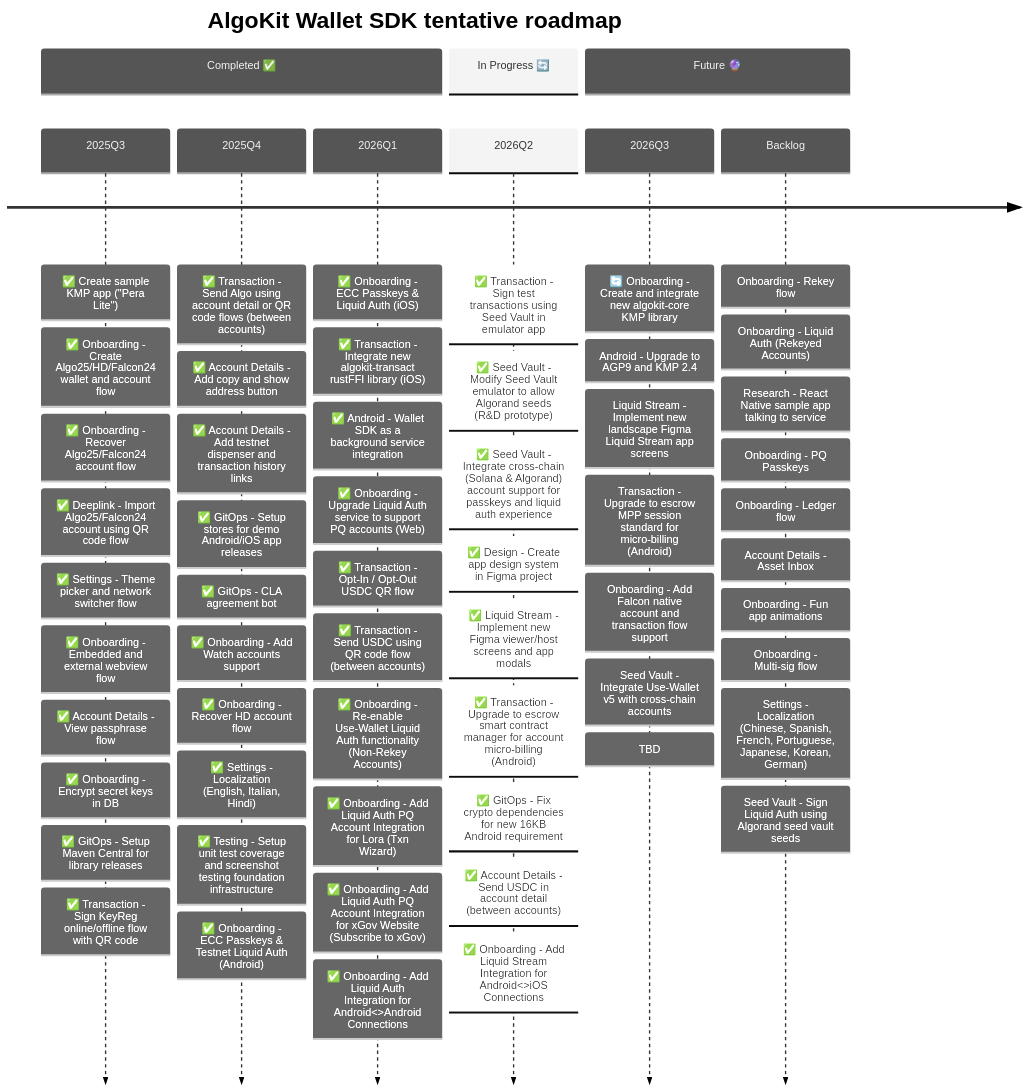
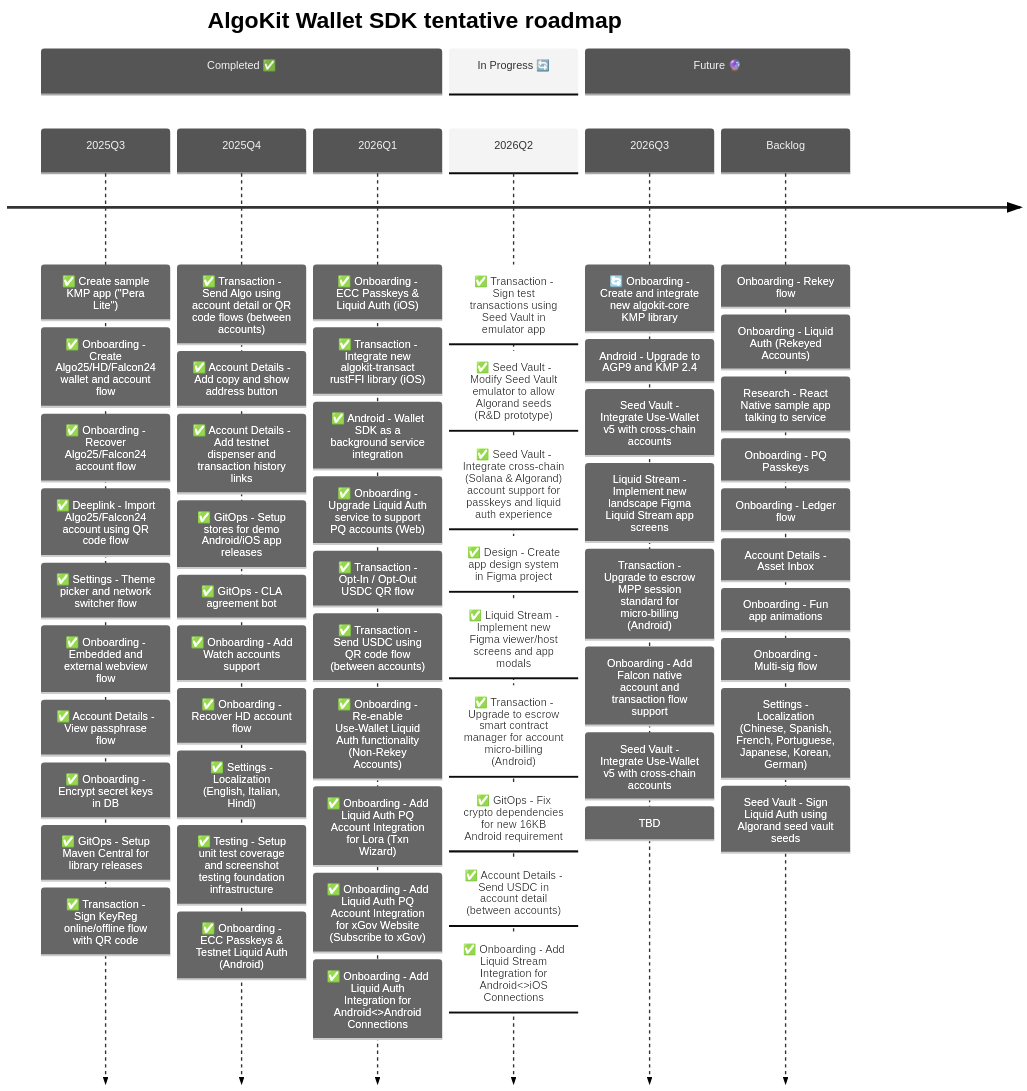
Before and after one commit to michaeltchuangllc/algokit-walletsdk-kmp: the second of 3 diagrams in README.md, drawn with Mermaid. The commit also changed 30 other files, not shown here.

Commit message:
refactor: switch to using SPM algokit-transact library (#320)

````diff
--- a/README.md
+++ b/README.md
@@ -69,73 +69,74 @@
 ```mermaid
 ---
 config:
   theme: 'neutral'
 ---
 timeline
     title AlgoKit Wallet SDK tentative roadmap
 
     section Completed ✅
     2025Q3  : ✅ Create sample KMP app ("Pera Lite")
             : ✅ Onboarding - Create Algo25/HD/Falcon24 wallet and account flow
             : ✅ Onboarding - Recover Algo25/Falcon24 account flow
             : ✅ Deeplink - Import Algo25/Falcon24 account using QR code flow
             : ✅ Settings - Theme picker and network switcher flow
             : ✅ Onboarding - Embedded and external webview flow
             : ✅ Account Details - View passphrase flow
             : ✅ Onboarding - Encrypt secret keys in DB
             : ✅ GitOps - Setup Maven Central for library releases
             : ✅ Transaction - Sign KeyReg online/offline flow with QR code
 
     2025Q4  : ✅ Transaction - Send Algo using account detail or QR code flows (between accounts)
             : ✅ Account Details - Add copy and show address button
             : ✅ Account Details - Add testnet dispenser and transaction history links
             : ✅ GitOps - Setup stores for demo Android/iOS app releases
             : ✅ GitOps - CLA agreement bot
             : ✅ Onboarding - Add Watch accounts support
             : ✅ Onboarding - Recover HD account flow
             : ✅ Settings - Localization (English, Italian, Hindi)
             : ✅ Testing - Setup unit test coverage and screenshot testing foundation infrastructure
             : ✅ Onboarding - ECC Passkeys & Testnet Liquid Auth (Android)
 
     2026Q1  : ✅ Onboarding - ECC Passkeys & Liquid Auth (iOS)
             : ✅ Transaction - Integrate new algokit-transact rustFFI library (iOS)
             : ✅ Android - Wallet SDK as a background service integration
             : ✅ Onboarding - Upgrade Liquid Auth service to support PQ accounts (Web)
             : ✅ Transaction - Opt-In / Opt-Out USDC QR flow
             : ✅ Transaction - Send USDC using QR code flow (between accounts)
             : ✅ Onboarding - Re-enable Use-Wallet Liquid Auth functionality (Non-Rekey Accounts)
             : ✅ Onboarding - Add Liquid Auth PQ Account Integration for Lora (Txn Wizard)
             : ✅ Onboarding - Add Liquid Auth PQ Account Integration for xGov Website (Subscribe to xGov)
             : ✅ Onboarding - Add Liquid Auth Integration for Android<>Android Connections
 
     section In Progress 🔄
     2026Q2  : ✅ Transaction - Sign test transactions using Seed Vault in emulator app
             : ✅ Seed Vault - Modify Seed Vault emulator to allow Algorand seeds (R&D prototype)
             : ✅ Seed Vault - Integrate cross-chain (Solana & Algorand) account support for passkeys and liquid auth experience
             : ✅ Design - Create app design system in Figma project
             : ✅ Liquid Stream - Implement new Figma viewer/host screens and app modals
             : ✅ Transaction - Upgrade to escrow smart contract manager for account micro-billing (Android)
             : ✅ GitOps - Fix crypto dependencies for new 16KB Android requirement
             : ✅ Account Details - Send USDC in account detail (between accounts)
             : ✅ Onboarding - Add Liquid Stream Integration for Android<>iOS Connections
             
     section Future 🔮
-     2026Q3  : 🔄 Onboarding - Create and integrate new algokit-core KMP library
+    2026Q3   : 🔄 Onboarding - Create and integrate new algokit-core KMP library
              : Android - Upgrade to AGP9 and KMP 2.4
+             : Seed Vault - Integrate Use-Wallet v5 with cross-chain accounts
              : Liquid Stream - Implement new landscape Figma Liquid Stream app screens
              : Transaction - Upgrade to escrow MPP session standard for micro-billing (Android)
              : Onboarding - Add Falcon native account and transaction flow support
              : Seed Vault - Integrate Use-Wallet v5 with cross-chain accounts
              : TBD
     Backlog
             : Onboarding - Rekey flow
             : Onboarding - Liquid Auth (Rekeyed Accounts)
             : Research - React Native sample app talking to service
             : Onboarding - PQ Passkeys
             : Onboarding - Ledger flow
             : Account Details - Asset Inbox
             : Onboarding - Fun app animations
             : Onboarding - Multi-sig flow
             : Settings - Localization (Chinese, Spanish, French, Portuguese, Japanese, Korean, German)
             : Seed Vault - Sign Liquid Auth using Algorand seed vault seeds
 ```
````
